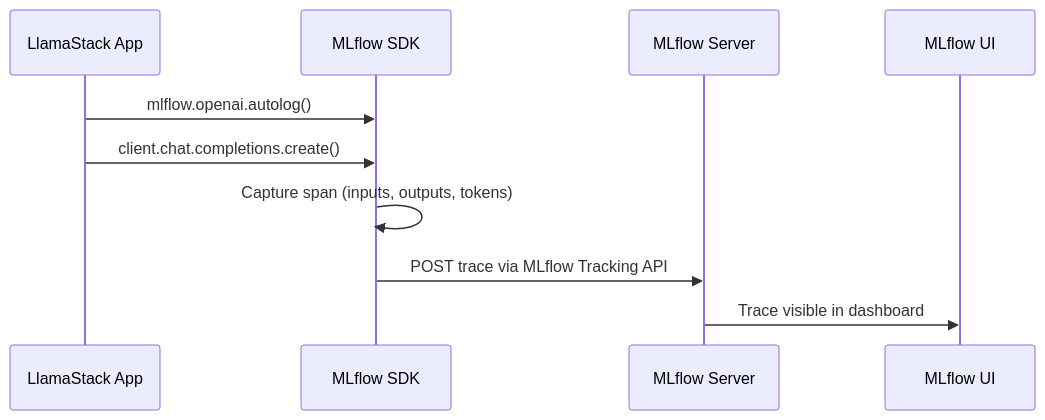
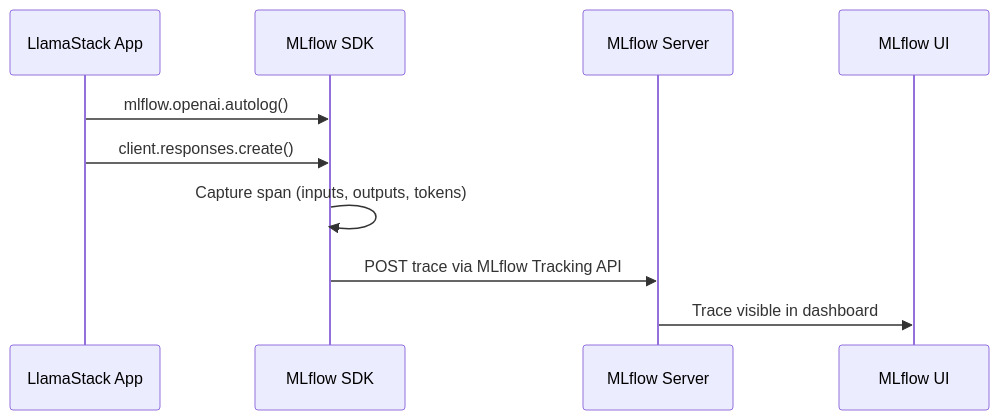
The third of 6 diagrams in docs/blog/2026-04-06-mlflow-observability.md (llamastack/llama-stack), drawn with Mermaid before and after one commit. The commit also changed other lines of this file and 1 other file, not shown here.

Commit message:
fix: use responses API

````diff
--- a/docs/blog/2026-04-06-mlflow-observability.md
+++ b/docs/blog/2026-04-06-mlflow-observability.md
@@ -83,13 +83,13 @@
 ```mermaid
 sequenceDiagram
     participant App as LlamaStack App
     participant SDK as MLflow SDK
     participant Server as MLflow Server
     participant UI as MLflow UI
 
     App->>SDK: mlflow.openai.autolog()
-    App->>SDK: client.chat.completions.create()
+    App->>SDK: client.responses.create()
     SDK->>SDK: Capture span (inputs, outputs, tokens)
     SDK->>Server: POST trace via MLflow Tracking API
     Server->>UI: Trace visible in dashboard
 ```
````
